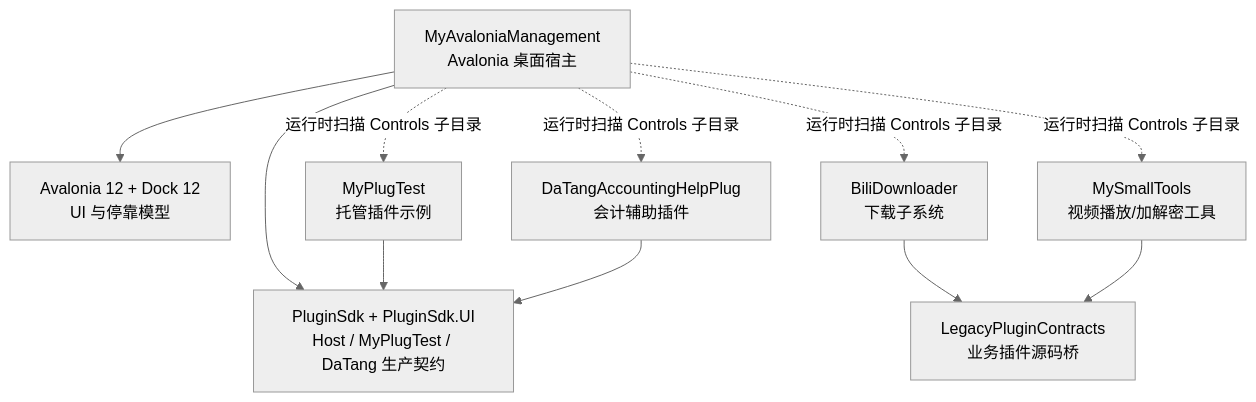
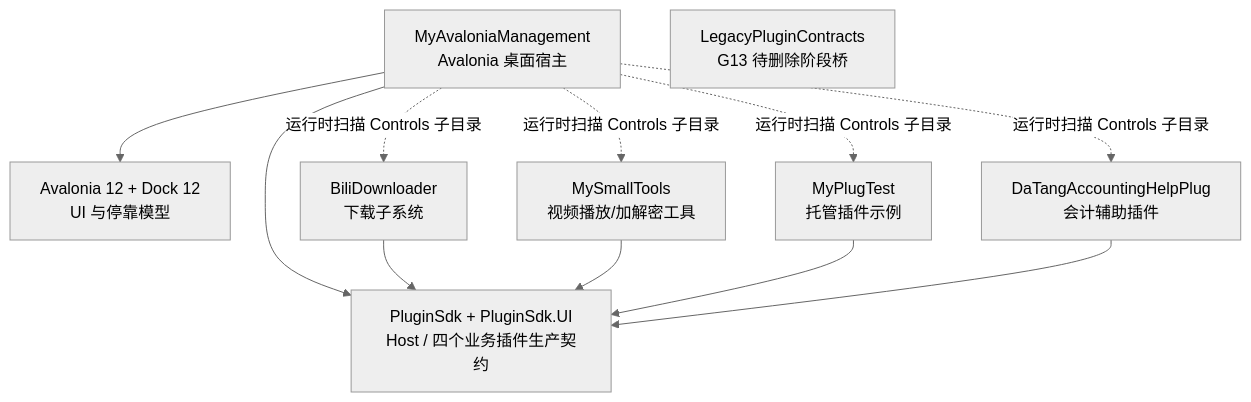
One commit to crownclowngx/avalonia_dock_simple_test changed the first of 5 diagrams in docs/design/host-plugin-architecture-review.md. Above: the diagram before and after it, drawn with Mermaid (neutral theme). The commit also changed other lines of this file and 81 other files, not shown here.

First line of the commit message:
feat(plugin): 完成 G12 BiliDownloader Host V2 迁移

````diff
--- a/docs/design/host-plugin-architecture-review.md
+++ b/docs/design/host-plugin-architecture-review.md
@@ -32,24 +32,24 @@
 ```mermaid
 flowchart TB
     Host["MyAvaloniaManagement<br/>Avalonia 桌面宿主"]
-    Sdk["PluginSdk + PluginSdk.UI<br/>Host / MyPlugTest / DaTang 生产契约"]
-    Legacy["LegacyPluginContracts<br/>业务插件源码桥"]
+    Sdk["PluginSdk + PluginSdk.UI<br/>Host / 四个业务插件生产契约"]
+    Legacy["LegacyPluginContracts<br/>G13 待删除阶段桥"]
     Dock["Avalonia 12 + Dock 12<br/>UI 与停靠模型"]
 
     Bili["BiliDownloader<br/>下载子系统"]
     Small["MySmallTools<br/>视频播放/加解密工具"]
     TestPlug["MyPlugTest<br/>托管插件示例"]
     DaTang["DaTangAccountingHelpPlug<br/>会计辅助插件"]
 
     Host --> Sdk
     Host --> Dock
-    Bili --> Legacy
-    Small --> Legacy
+    Bili --> Sdk
+    Small --> Sdk
     TestPlug --> Sdk
     DaTang --> Sdk
 
     Host -. "运行时扫描 Controls 子目录" .-> Bili
     Host -. "运行时扫描 Controls 子目录" .-> Small
     Host -. "运行时扫描 Controls 子目录" .-> TestPlug
     Host -. "运行时扫描 Controls 子目录" .-> DaTang
 ```
````
